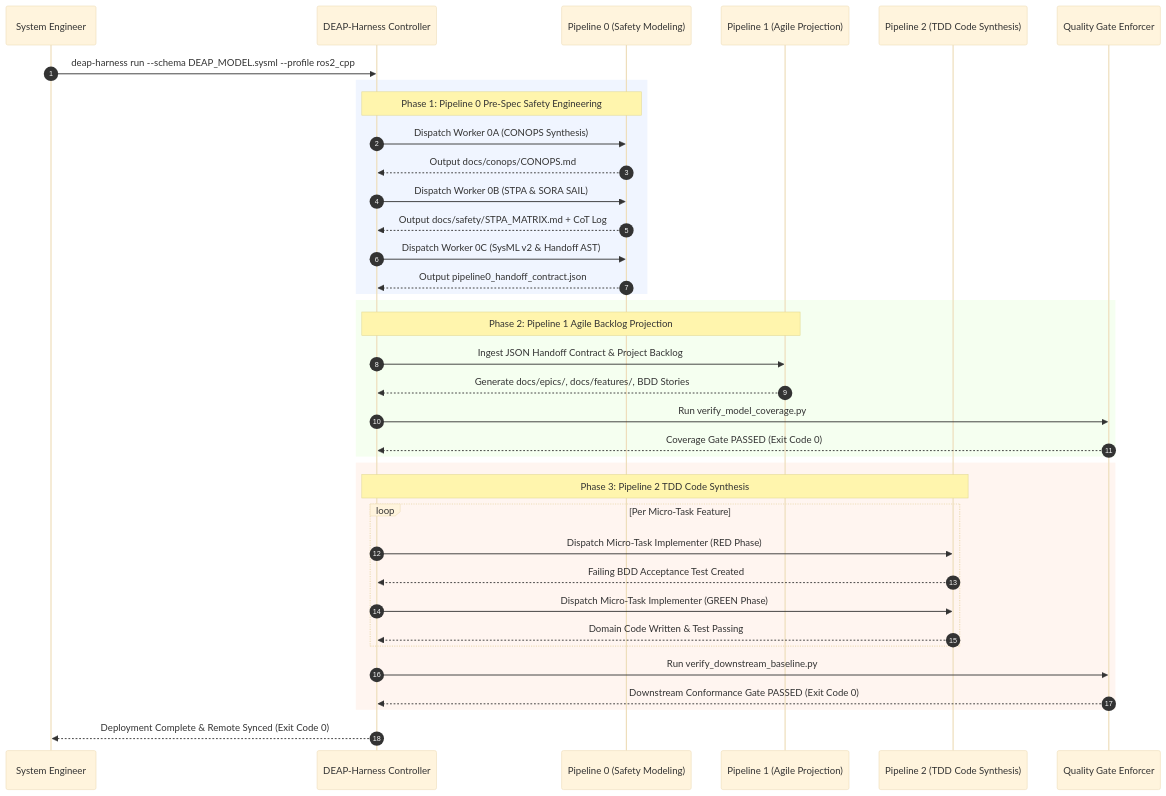
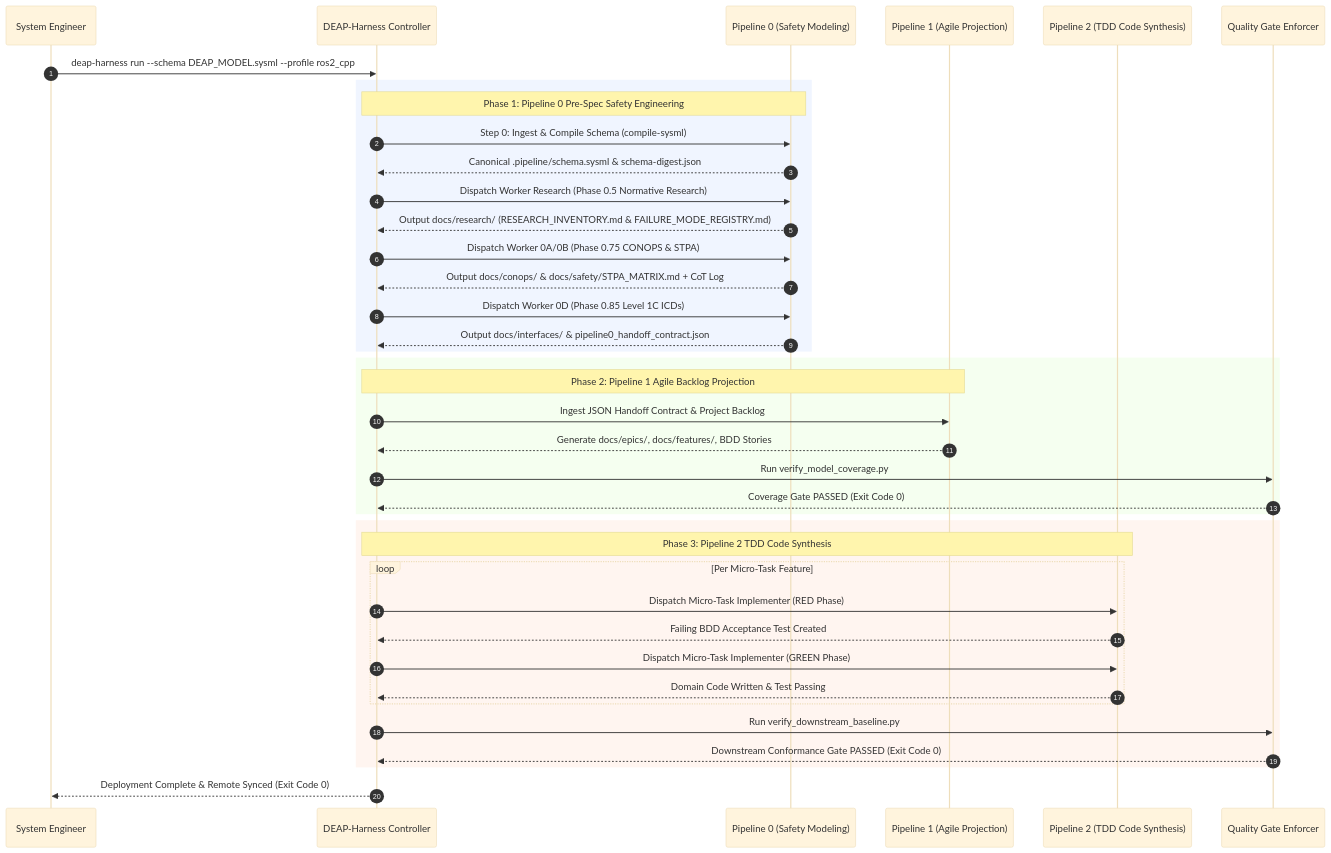
One commit to gintatkinson/DEAP01-spec-core changed the fourth of 4 diagrams in docs/architecture/blueprints/DEAP_DEEPSEEK_HARNESS_INTEGRATION_BLUEPRINT.md. Above: the diagram before and after it, drawn with Mermaid (base theme). The commit also changed 5 other files, not shown here.

Commit message:
fix(orchestrator): sequence model compilation before research and conops in pipeline 0 (refs #311)

````diff
--- a/docs/architecture/blueprints/DEAP_DEEPSEEK_HARNESS_INTEGRATION_BLUEPRINT.md
+++ b/docs/architecture/blueprints/DEAP_DEEPSEEK_HARNESS_INTEGRATION_BLUEPRINT.md
@@ -193,44 +193,46 @@
 ```mermaid
 sequenceDiagram
     autonumber
     participant User as System Engineer
     participant Harness as DEAP-Harness Controller
     participant P0 as Pipeline 0 (Safety Modeling)
     participant P1 as Pipeline 1 (Agile Projection)
     participant P2 as Pipeline 2 (TDD Code Synthesis)
     participant Gates as Quality Gate Enforcer
 
     User->>Harness: deap-harness run --schema DEAP_MODEL.sysml --profile ros2_cpp
     
     rect rgb(240, 245, 255)
         note over Harness,P0: Phase 1: Pipeline 0 Pre-Spec Safety Engineering
-        Harness->>P0: Dispatch Worker 0A (CONOPS Synthesis)
-        P0-->>Harness: Output docs/conops/CONOPS.md
-        Harness->>P0: Dispatch Worker 0B (STPA & SORA SAIL)
-        P0-->>Harness: Output docs/safety/STPA_MATRIX.md + CoT Log
-        Harness->>P0: Dispatch Worker 0C (SysML v2 & Handoff AST)
-        P0-->>Harness: Output pipeline0_handoff_contract.json
+        Harness->>P0: Step 0: Ingest & Compile Schema (compile-sysml)
+        P0-->>Harness: Canonical .pipeline/schema.sysml & schema-digest.json
+        Harness->>P0: Dispatch Worker Research (Phase 0.5 Normative Research)
+        P0-->>Harness: Output docs/research/ (RESEARCH_INVENTORY.md & FAILURE_MODE_REGISTRY.md)
+        Harness->>P0: Dispatch Worker 0A/0B (Phase 0.75 CONOPS & STPA)
+        P0-->>Harness: Output docs/conops/ & docs/safety/STPA_MATRIX.md + CoT Log
+        Harness->>P0: Dispatch Worker 0D (Phase 0.85 Level 1C ICDs)
+        P0-->>Harness: Output docs/interfaces/ & pipeline0_handoff_contract.json
     end
 
     rect rgb(245, 255, 240)
         note over Harness,P1: Phase 2: Pipeline 1 Agile Backlog Projection
         Harness->>P1: Ingest JSON Handoff Contract & Project Backlog
         P1-->>Harness: Generate docs/epics/, docs/features/, BDD Stories
         Harness->>Gates: Run verify_model_coverage.py
         Gates-->>Harness: Coverage Gate PASSED (Exit Code 0)
     end
 
     rect rgb(255, 245, 240)
         note over Harness,P2: Phase 3: Pipeline 2 TDD Code Synthesis
         loop Per Micro-Task Feature
             Harness->>P2: Dispatch Micro-Task Implementer (RED Phase)
             P2-->>Harness: Failing BDD Acceptance Test Created
             Harness->>P2: Dispatch Micro-Task Implementer (GREEN Phase)
             P2-->>Harness: Domain Code Written & Test Passing
         end
         Harness->>Gates: Run verify_downstream_baseline.py
         Gates-->>Harness: Downstream Conformance Gate PASSED (Exit Code 0)
     end
 
     Harness-->>User: Deployment Complete & Remote Synced (Exit Code 0)
 ```
````
